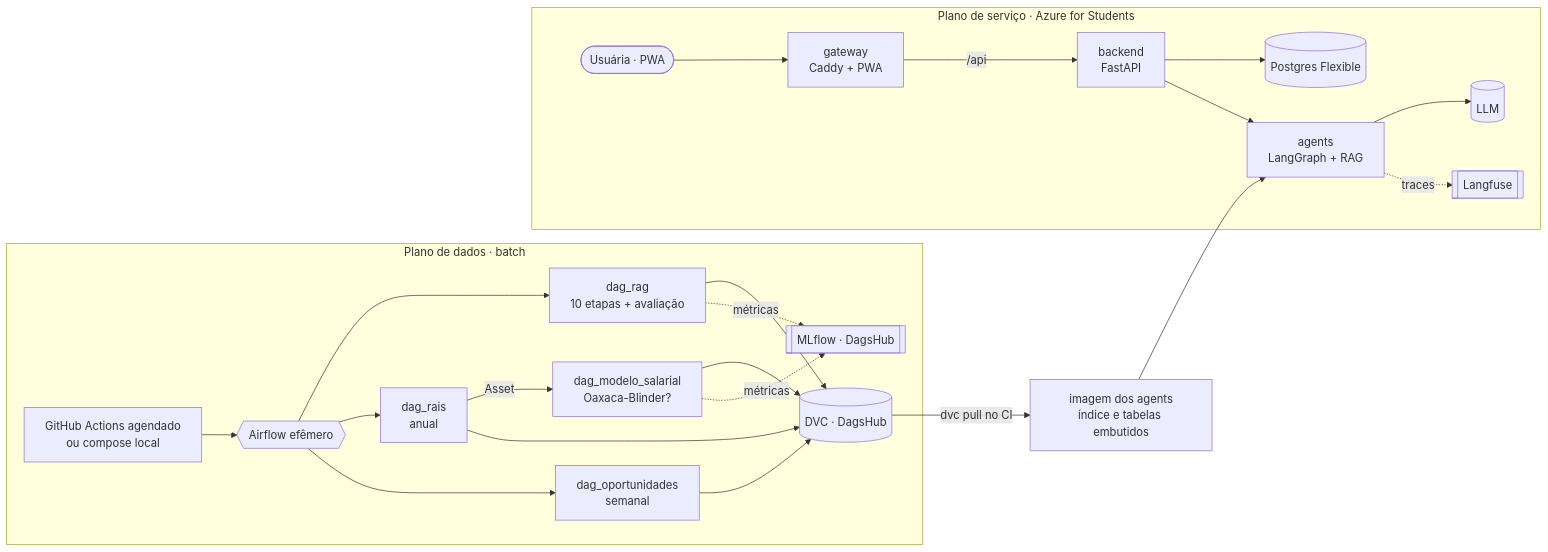
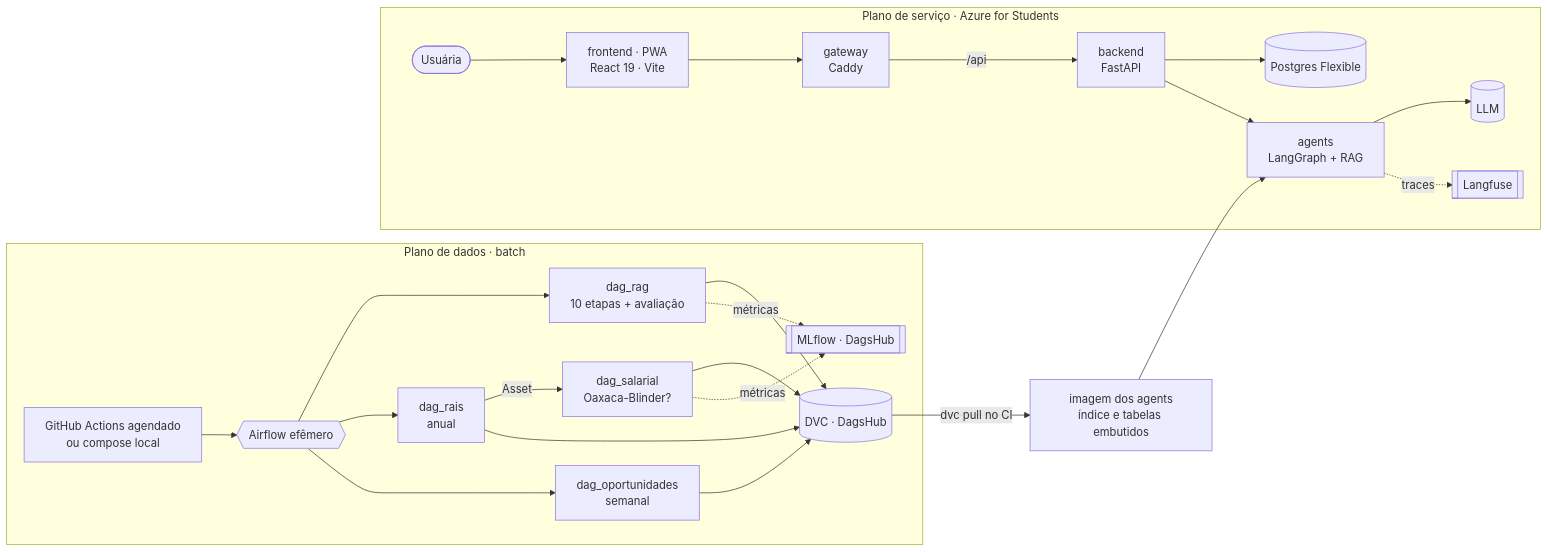
The diagram in docs/arquitetura/implantacao.md (ArtemisHubApp/artemishub_docs), drawn with Mermaid before and after one commit. The commit also changed other lines of this file and 1 other file, not shown here.

First line of the commit message:
docs: frontend, backend e stack na página de implantação

````diff
--- a/docs/arquitetura/implantacao.md
+++ b/docs/arquitetura/implantacao.md
@@ -17,22 +17,23 @@
 ```mermaid
 flowchart LR
     subgraph Dados["Plano de dados · batch"]
         GA[GitHub Actions agendado<br/>ou compose local] --> AF{{Airflow efêmero}}
         AF --> D1[dag_rag<br/>10 etapas + avaliação]
         AF --> D2[dag_rais<br/>anual]
-        D2 -- Asset --> D3[dag_modelo_salarial<br/>Oaxaca-Blinder?]
+        D2 -- Asset --> D3[dag_salarial<br/>Oaxaca-Blinder?]
         AF --> D4[dag_oportunidades<br/>semanal]
         D1 & D2 & D3 & D4 --> DVC[(DVC · DagsHub)]
         D1 & D3 -. métricas .-> MLF[[MLflow · DagsHub]]
     end
     DVC -- dvc pull no CI --> IMG[imagem dos agents<br/>índice e tabelas embutidos]
     subgraph Servico["Plano de serviço · Azure for Students"]
-        U([Usuária · PWA]) --> GW[gateway<br/>Caddy + PWA]
+        U([Usuária]) --> FE[frontend · PWA<br/>React 19 · Vite]
+        FE --> GW[gateway<br/>Caddy]
         GW -- /api --> BE[backend<br/>FastAPI]
         BE --> PG[(Postgres Flexible)]
         BE --> AG[agents<br/>LangGraph + RAG]
         AG --> LLM[(LLM)]
         AG -. traces .-> LF[[Langfuse]]
     end
     IMG --> AG
 ```
````
